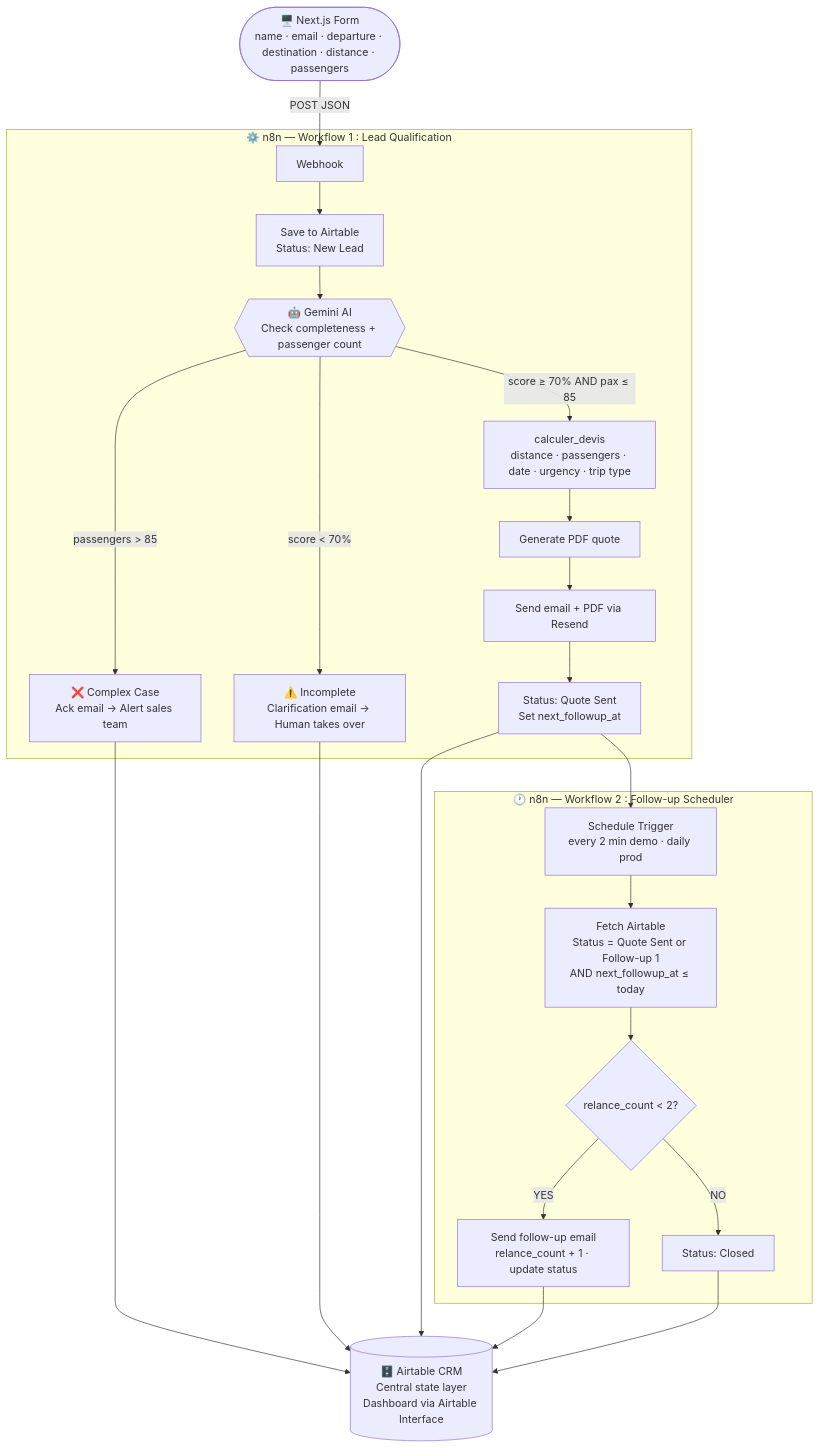
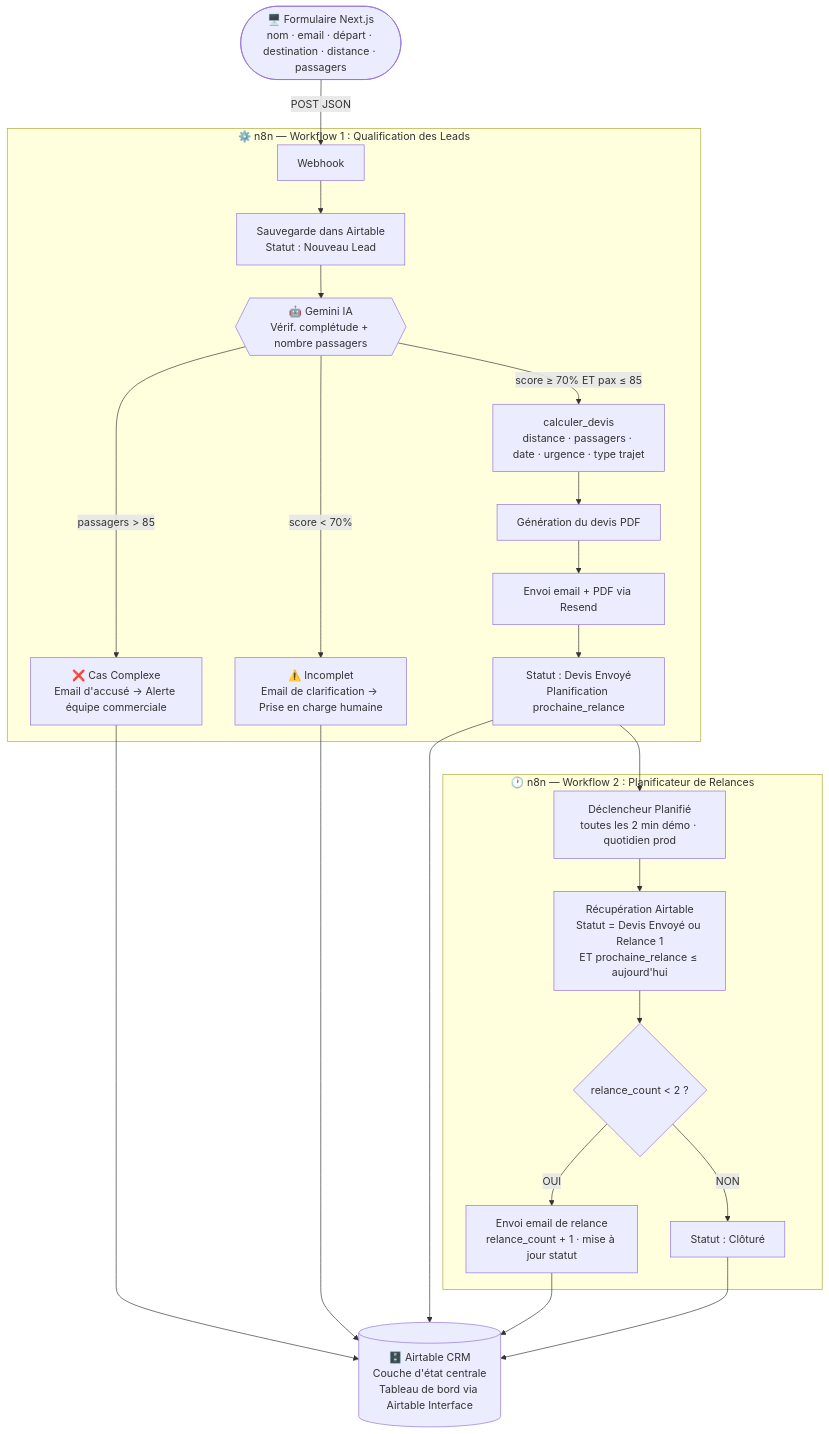
One commit to Indehad/neotravel- changed the diagram in README.md. Above: the diagram before and after it, drawn with Mermaid. The commit also changed other lines of this file and 4 other files, not shown here.

````diff
--- a/README.md
+++ b/README.md
@@ -34,33 +34,33 @@
 ```mermaid
 flowchart TD
-    A([🖥️ Next.js Form\nname · email · departure · destination · distance · passengers]) -->|POST JSON| B
+    A([🖥️ Formulaire Next.js\nnom · email · départ · destination · distance · passagers]) -->|POST JSON| B
 
-    subgraph WF1 ["⚙️ n8n — Workflow 1 : Lead Qualification"]
-        B[Webhook] --> C[Save to Airtable\nStatus: New Lead]
-        C --> D{{"🤖 Gemini AI\nCheck completeness + passenger count"}}
+    subgraph WF1 ["⚙️ n8n — Workflow 1 : Qualification des Leads"]
+        B[Webhook] --> C[Sauvegarde dans Airtable\nStatut : Nouveau Lead]
+        C --> D{{"🤖 Gemini IA\nVérif. complétude + nombre passagers"}}
 
-        D -->|passengers > 85| E[❌ Complex Case\nAck email → Alert sales team]
-        D -->|score < 70%| F[⚠️ Incomplete\nClarification email → Human takes over]
-        D -->|score ≥ 70% AND pax ≤ 85| G
+        D -->|passagers > 85| E[❌ Cas Complexe\nEmail d'accusé → Alerte équipe commerciale]
+        D -->|score < 70%| F[⚠️ Incomplet\nEmail de clarification → Prise en charge humaine]
+        D -->|score ≥ 70% ET pax ≤ 85| G
 
-        G[calculer_devis\ndistance · passengers · date · urgency · trip type] --> H[Generate PDF quote]
-        H --> I[Send email + PDF via Resend]
-        I --> J[Status: Quote Sent\nSet next_followup_at]
+        G[calculer_devis\ndistance · passagers · date · urgence · type trajet] --> H[Génération du devis PDF]
+        H --> I[Envoi email + PDF via Resend]
+        I --> J[Statut : Devis Envoyé\nPlanification prochaine_relance]
     end
 
-    subgraph WF2 ["🕐 n8n — Workflow 2 : Follow-up Scheduler"]
-        K[Schedule Trigger\nevery 2 min demo · daily prod] --> L[Fetch Airtable\nStatus = Quote Sent or Follow-up 1\nAND next_followup_at ≤ today]
-        L --> M{relance_count < 2?}
-        M -->|YES| N[Send follow-up email\nrelance_count + 1 · update status]
-        M -->|NO| O[Status: Closed]
+    subgraph WF2 ["🕐 n8n — Workflow 2 : Planificateur de Relances"]
+        K[Déclencheur Planifié\ntoutes les 2 min démo · quotidien prod] --> L[Récupération Airtable\nStatut = Devis Envoyé ou Relance 1\nET prochaine_relance ≤ aujourd'hui]
+        L --> M{relance_count < 2 ?}
+        M -->|OUI| N[Envoi email de relance\nrelance_count + 1 · mise à jour statut]
+        M -->|NON| O[Statut : Clôturé]
     end
 
     J --> K
     E --> AT
     F --> AT
     J --> AT
     N --> AT
     O --> AT
 
-    AT[("🗄️ Airtable CRM\nCentral state layer\nDashboard via Airtable Interface")]
+    AT[("🗄️ Airtable CRM\nCouche d'état centrale\nTableau de bord via Airtable Interface")]
 ```
````
